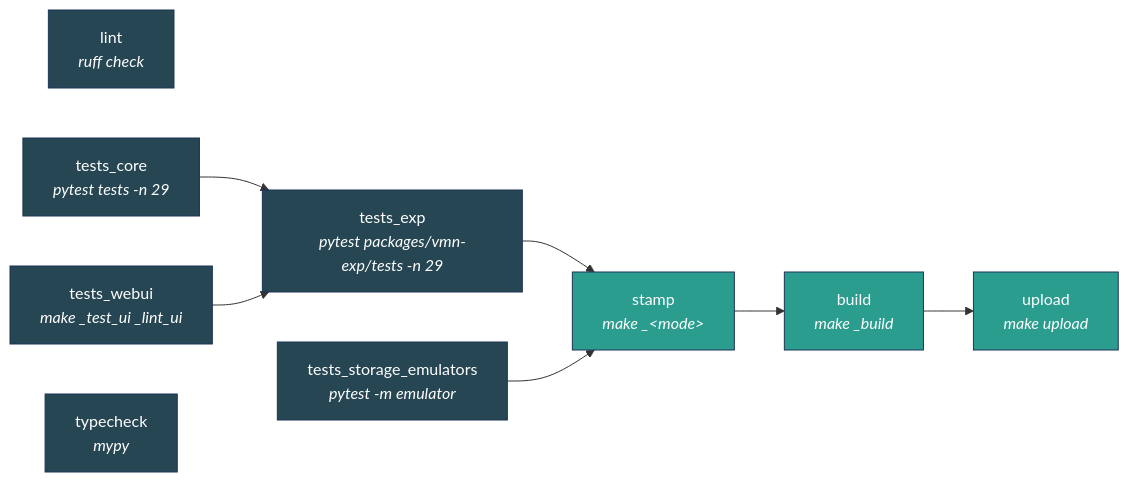
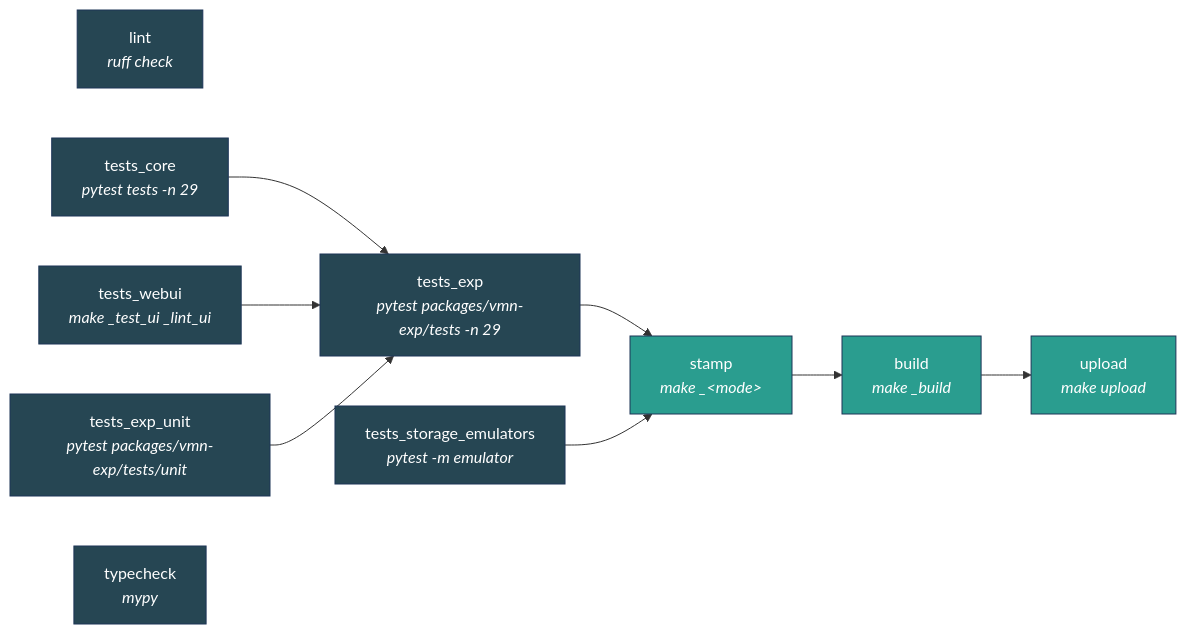
One commit to progovoy/vmn changed the second of 2 diagrams in ci/README.md. Above: the diagram before and after it, drawn with Mermaid. The commit also changed other lines of this file and 7 other files, not shown here.

First line of the commit message:
test(exp): a no-Docker unit lane, packages/vmn-exp/tests/unit, run first in CI (plan 44 G3)

````diff
--- a/ci/README.md
+++ b/ci/README.md
@@ -44,25 +44,28 @@
 ```mermaid
 graph LR
     lint["lint<br/><i>ruff check</i>"]
     tests_core["tests_core<br/><i>pytest tests -n 29</i>"]
+    tests_exp_unit["tests_exp_unit<br/><i>pytest packages/vmn-exp/tests/unit</i>"]
     tests_exp["tests_exp<br/><i>pytest packages/vmn-exp/tests -n 29</i>"]
     tests_webui["tests_webui<br/><i>make _test_ui _lint_ui</i>"]
     tests_storage_emulators["tests_storage_emulators<br/><i>pytest -m emulator</i>"]
     typecheck["typecheck<br/><i>mypy</i>"]
     tests_core --> tests_exp
     tests_webui --> tests_exp
+    tests_exp_unit --> tests_exp
     tests_exp --> stamp["stamp<br/><i>make _&lt;mode&gt;</i>"]
     tests_storage_emulators --> stamp
     stamp --> build["build<br/><i>make _build</i>"]
     build --> upload["upload<br/><i>make upload</i>"]
 
     style lint fill:#264653,stroke:#1d3557,color:#fff
     style tests_core fill:#264653,stroke:#1d3557,color:#fff
+    style tests_exp_unit fill:#264653,stroke:#1d3557,color:#fff
     style tests_exp fill:#264653,stroke:#1d3557,color:#fff
     style tests_webui fill:#264653,stroke:#1d3557,color:#fff
     style tests_storage_emulators fill:#264653,stroke:#1d3557,color:#fff
     style typecheck fill:#264653,stroke:#1d3557,color:#fff
     style stamp fill:#2a9d8f,stroke:#1d3557,color:#fff
     style build fill:#2a9d8f,stroke:#1d3557,color:#fff
     style upload fill:#2a9d8f,stroke:#1d3557,color:#fff
 ```
````
